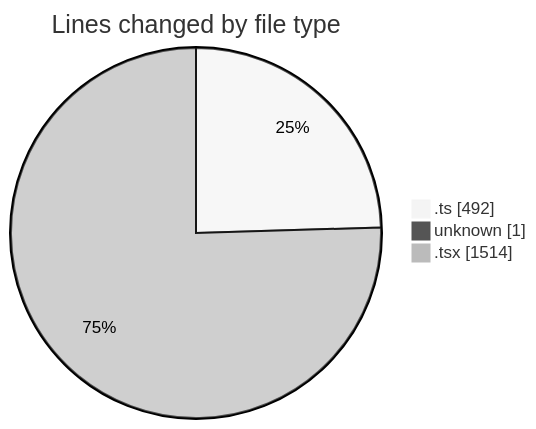
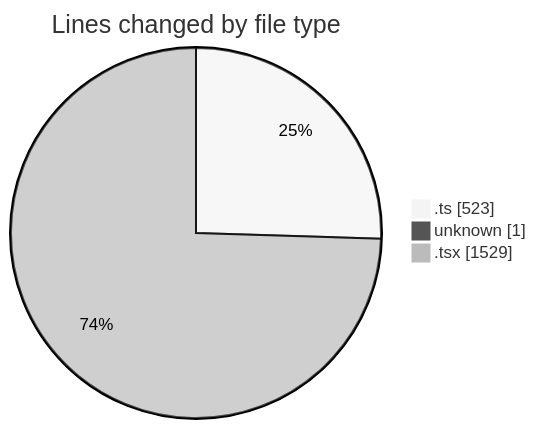
Before and after one commit to robertbonfada/code-tracking: the first of 2 diagrams in 2025-02-17/mbc-web/README.md, drawn with Mermaid (neutral theme). The commit also changed other lines of this file and 1 other file, not shown here.

````diff
--- a/2025-02-17/mbc-web/README.md
+++ b/2025-02-17/mbc-web/README.md
@@ -30,7 +31,7 @@
 ```mermaid
 pie showData
 title Lines changed by file type
-".ts" : 492
+".ts" : 523
 "unknown" : 1
-".tsx" : 1514
+".tsx" : 1529
 ```
````
